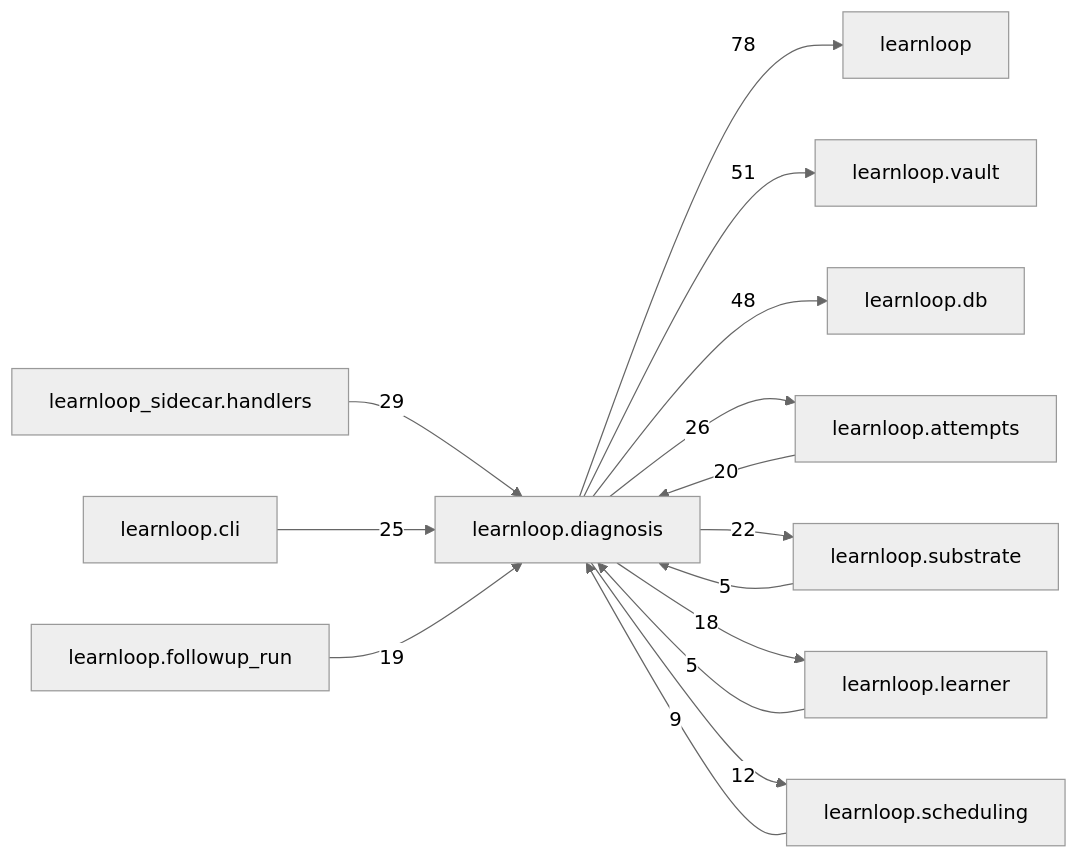
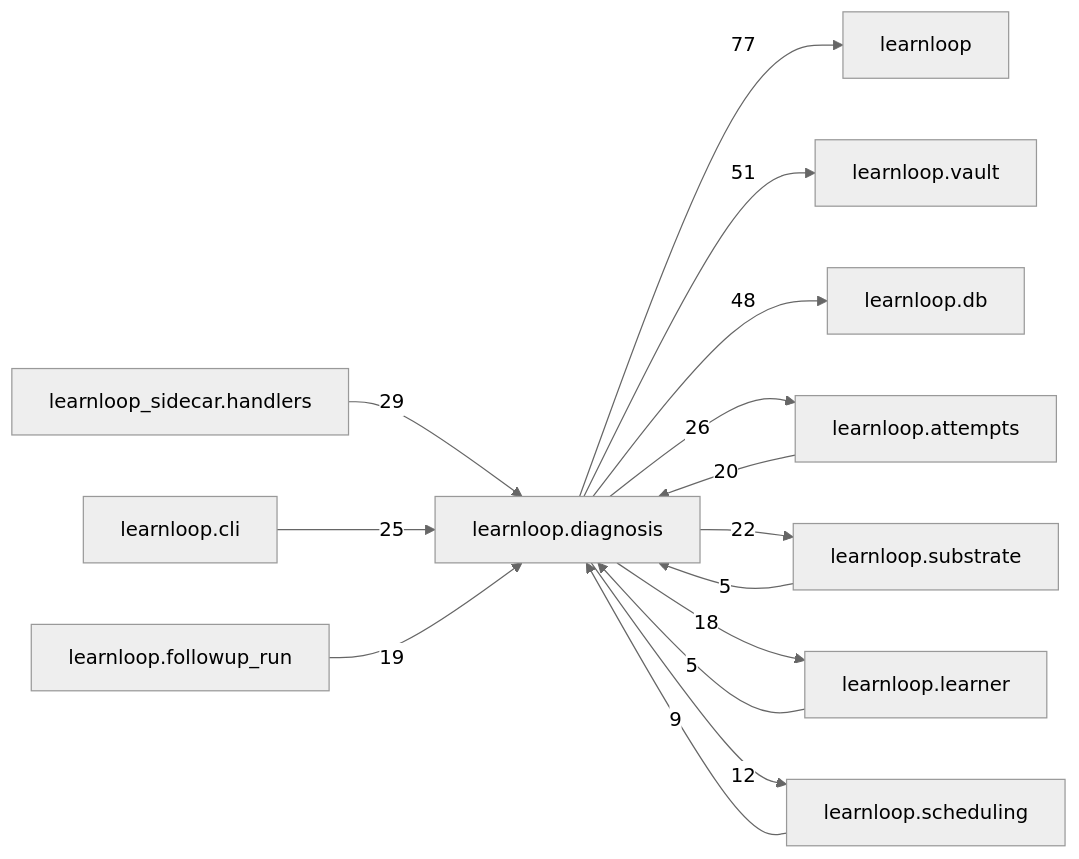
One commit to 6up-b/learnanything changed the diagram in docs/learnloop-architecture-vault/Reference/Modules/learnloop/diagnosis/_package.md. Above: the diagram before and after it, drawn with Mermaid (neutral theme). The commit also changed other lines of this file and 46 other files, not shown here.

````diff
--- a/docs/learnloop-architecture-vault/Reference/Modules/learnloop/diagnosis/_package.md
+++ b/docs/learnloop-architecture-vault/Reference/Modules/learnloop/diagnosis/_package.md
@@ -236,28 +236,28 @@
 ```mermaid
 flowchart LR
     center["learnloop.diagnosis"]
     n_learnloop["learnloop"]
     n_learnloop_vault["learnloop.vault"]
     n_learnloop_db["learnloop.db"]
     n_learnloop_attempts["learnloop.attempts"]
     n_learnloop_sidecar_handlers["learnloop_sidecar.handlers"]
     n_learnloop_substrate["learnloop.substrate"]
     n_learnloop_cli["learnloop.cli"]
     n_learnloop_learner["learnloop.learner"]
     n_learnloop_scheduling["learnloop.scheduling"]
     n_learnloop_followup_run["learnloop.followup_run"]
-    center -->|78| n_learnloop
+    center -->|77| n_learnloop
     center -->|51| n_learnloop_vault
     center -->|48| n_learnloop_db
     n_learnloop_attempts -->|20| center
     center -->|26| n_learnloop_attempts
     n_learnloop_sidecar_handlers -->|29| center
     n_learnloop_substrate -->|5| center
     center -->|22| n_learnloop_substrate
     n_learnloop_cli -->|25| center
     n_learnloop_learner -->|5| center
     center -->|18| n_learnloop_learner
     n_learnloop_scheduling -->|9| center
     center -->|12| n_learnloop_scheduling
     n_learnloop_followup_run -->|19| center
 ```
````
